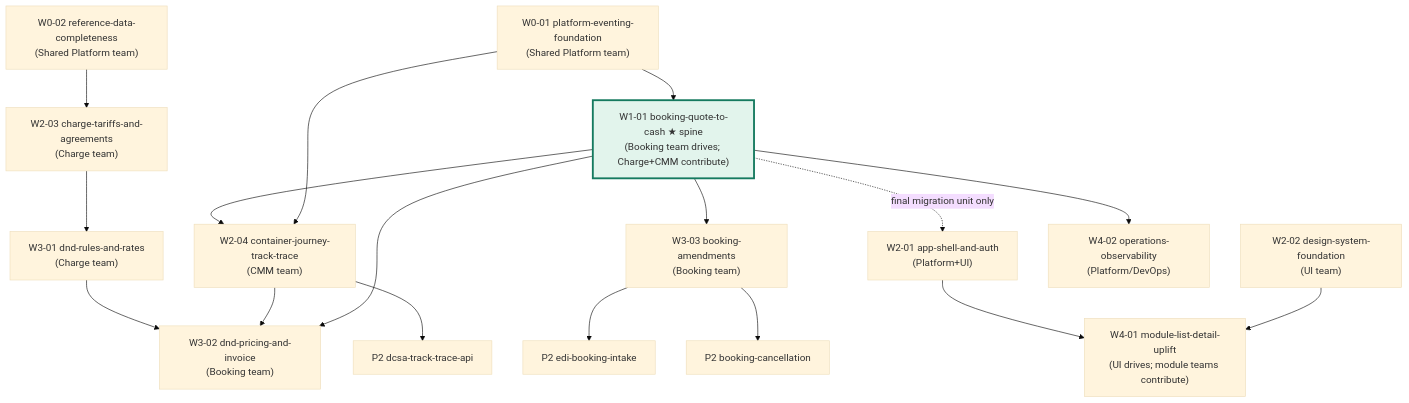
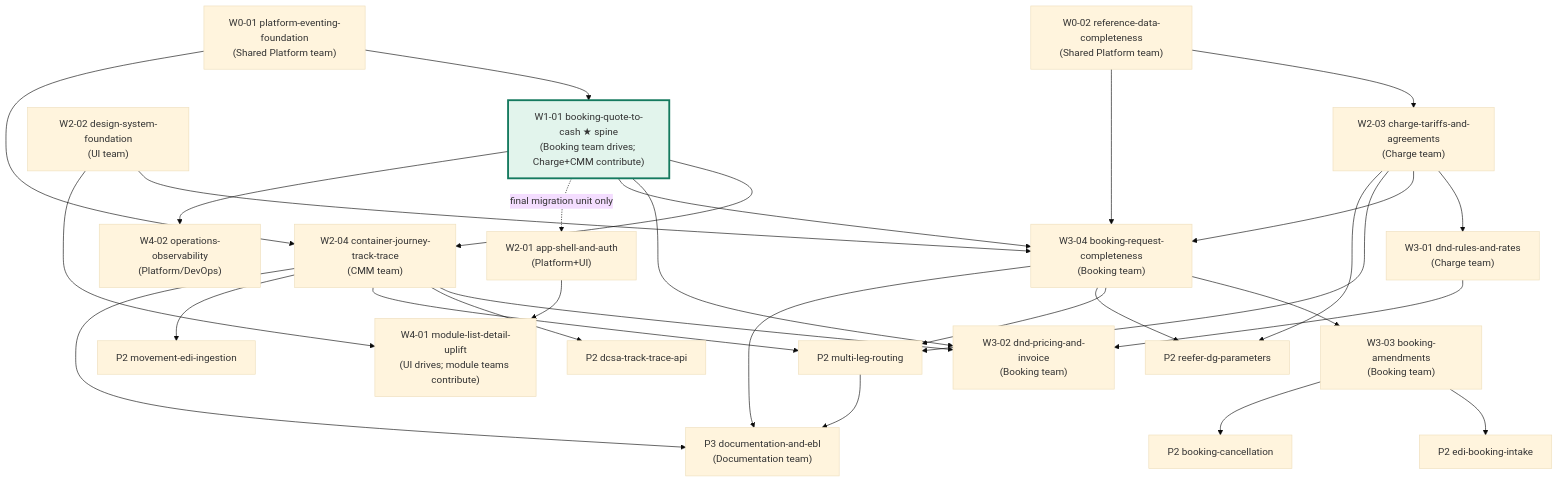
One commit to mhrezvannia/TST_Codex_AI_DLC_V2 changed the diagram in docs/intents/00-INTENT-BACKLOG.md. Above: the diagram before and after it, drawn with Mermaid (base theme). The commit also changed other lines of this file and 86 other files, not shown here.

````diff
--- a/docs/intents/00-INTENT-BACKLOG.md
+++ b/docs/intents/00-INTENT-BACKLOG.md
@@ -16,37 +16,55 @@
 ```mermaid
 flowchart TD
     W0_01["W0-01 platform-eventing-foundation<br/>(Shared Platform team)"]
     W0_02["W0-02 reference-data-completeness<br/>(Shared Platform team)"]
     W1_01["W1-01 booking-quote-to-cash ★ spine<br/>(Booking team drives; Charge+CMM contribute)"]
     W2_01["W2-01 app-shell-and-auth<br/>(Platform+UI)"]
     W2_02["W2-02 design-system-foundation<br/>(UI team)"]
     W2_03["W2-03 charge-tariffs-and-agreements<br/>(Charge team)"]
     W2_04["W2-04 container-journey-track-trace<br/>(CMM team)"]
     W3_01["W3-01 dnd-rules-and-rates<br/>(Charge team)"]
     W3_02["W3-02 dnd-pricing-and-invoice<br/>(Booking team)"]
     W3_03["W3-03 booking-amendments<br/>(Booking team)"]
+    W3_04["W3-04 booking-request-completeness<br/>(Booking team)"]
     W4_01["W4-01 module-list-detail-uplift<br/>(UI drives; module teams contribute)"]
     W4_02["W4-02 operations-observability<br/>(Platform/DevOps)"]
     P2_1["P2 edi-booking-intake"]
     P2_2["P2 dcsa-track-trace-api"]
     P2_3["P2 booking-cancellation"]
+    P2_4["P2 multi-leg-routing"]
+    P2_5["P2 movement-edi-ingestion"]
+    P2_6["P2 reefer-dg-parameters"]
+    P3_4["P3 documentation-and-ebl<br/>(Documentation team)"]
 
     W0_01 --> W1_01
     W1_01 --> W2_04
     W0_01 --> W2_04
     W0_02 --> W2_03
     W2_03 --> W3_01
     W3_01 --> W3_02
     W2_04 --> W3_02
     W1_01 --> W3_02
-    W1_01 --> W3_03
+    W1_01 --> W3_04
+    W0_02 --> W3_04
+    W2_02 --> W3_04
+    W2_03 --> W3_04
+    W3_04 --> W3_03
     W2_01 --> W4_01
     W2_02 --> W4_01
     W1_01 -. "final migration unit only" .-> W2_01
     W1_01 --> W4_02
     W3_03 --> P2_1
     W2_04 --> P2_2
     W3_03 --> P2_3
+    W3_04 --> P2_4
+    W2_04 --> P2_4
+    W2_03 --> P2_4
+    W2_04 --> P2_5
+    W3_04 --> P2_6
+    W2_03 --> P2_6
+    W3_04 --> P3_4
+    P2_4 --> P3_4
+    W2_04 --> P3_4
 
     style W1_01 fill:#E2F4EC,stroke:#157A5F,stroke-width:3px
 ```
````
